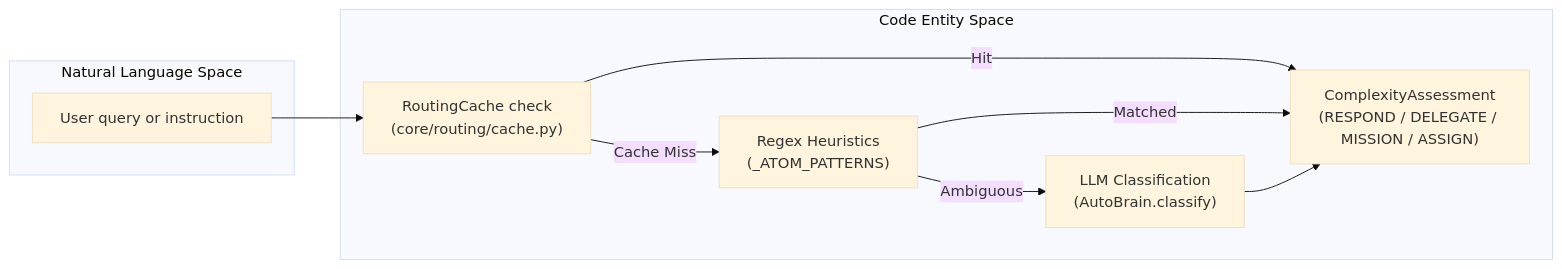
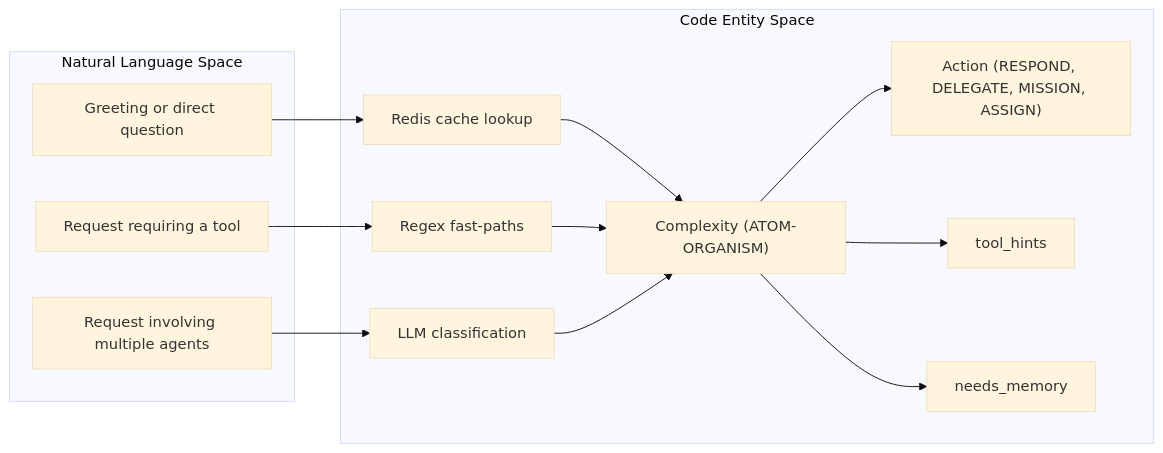
One commit to AutomatosAI/automatos-ai changed the second of 2 diagrams in docs/chat-interface/_index.md. Above: the diagram before and after it, drawn with Mermaid (base theme). The commit also changed other lines of this file and 188 other files, not shown here.

First line of the commit message:
docs: refresh architecture docs and add coverage for new subsystems (#1416)

````diff
--- a/docs/chat-interface/_index.md
+++ b/docs/chat-interface/_index.md
@@ -104,20 +84,28 @@
 ```mermaid
-graph LR
+flowchart LR
     subgraph "Natural Language Space"
-        Prompt["User query or instruction"]
+        Greeting["Greeting or direct question"]
+        ToolRequest["Request requiring a tool"]
+        MultiAgentRequest["Request involving multiple agents"]
     end
 
     subgraph "Code Entity Space"
-        Tier1["RoutingCache check<br/>(core/routing/cache.py)"]
-        Tier2["Regex Heuristics<br/>(_ATOM_PATTERNS)"]
-        Tier3["LLM Classification<br/>(AutoBrain.classify)"]
-        ActionOut["ComplexityAssessment<br/>(RESPOND / DELEGATE / MISSION / ASSIGN)"]
+        Tier1["Redis cache lookup"]
+        Tier2["Regex fast-paths"]
+        Tier3["LLM classification"]
+        Complexity["Complexity (ATOM-ORGANISM)"]
+        Action["Action (RESPOND, DELEGATE, MISSION, ASSIGN)"]
+        ToolHints["tool_hints"]
+        NeedsMemory["needs_memory"]
     end
 
-    Prompt --> Tier1
-    Tier1 -->|Cache Miss| Tier2
-    Tier2 -->|Ambiguous| Tier3
-    Tier1 -->|Hit| ActionOut
-    Tier2 -->|Matched| ActionOut
-    Tier3 --> ActionOut
+    Greeting --> Tier1
+    ToolRequest --> Tier2
+    MultiAgentRequest --> Tier3
+    Tier1 --> Complexity
+    Tier2 --> Complexity
+    Tier3 --> Complexity
+    Complexity --> Action
+    Complexity --> ToolHints
+    Complexity --> NeedsMemory
 ```
````
